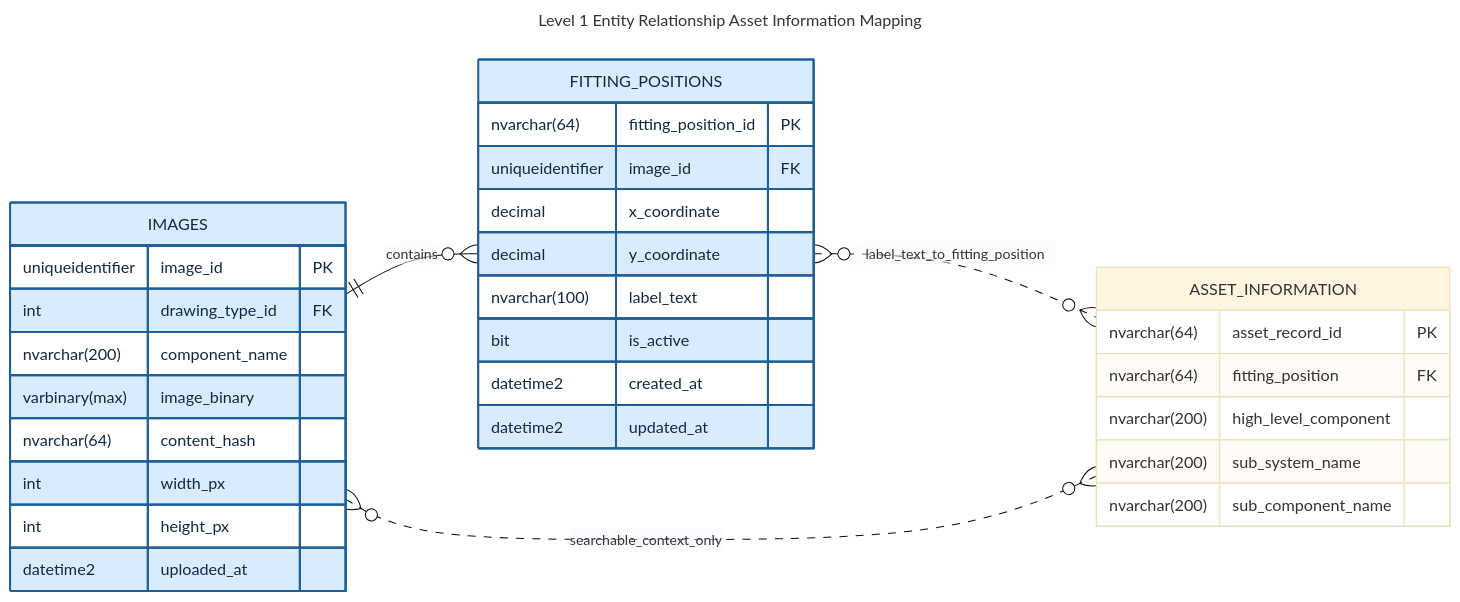
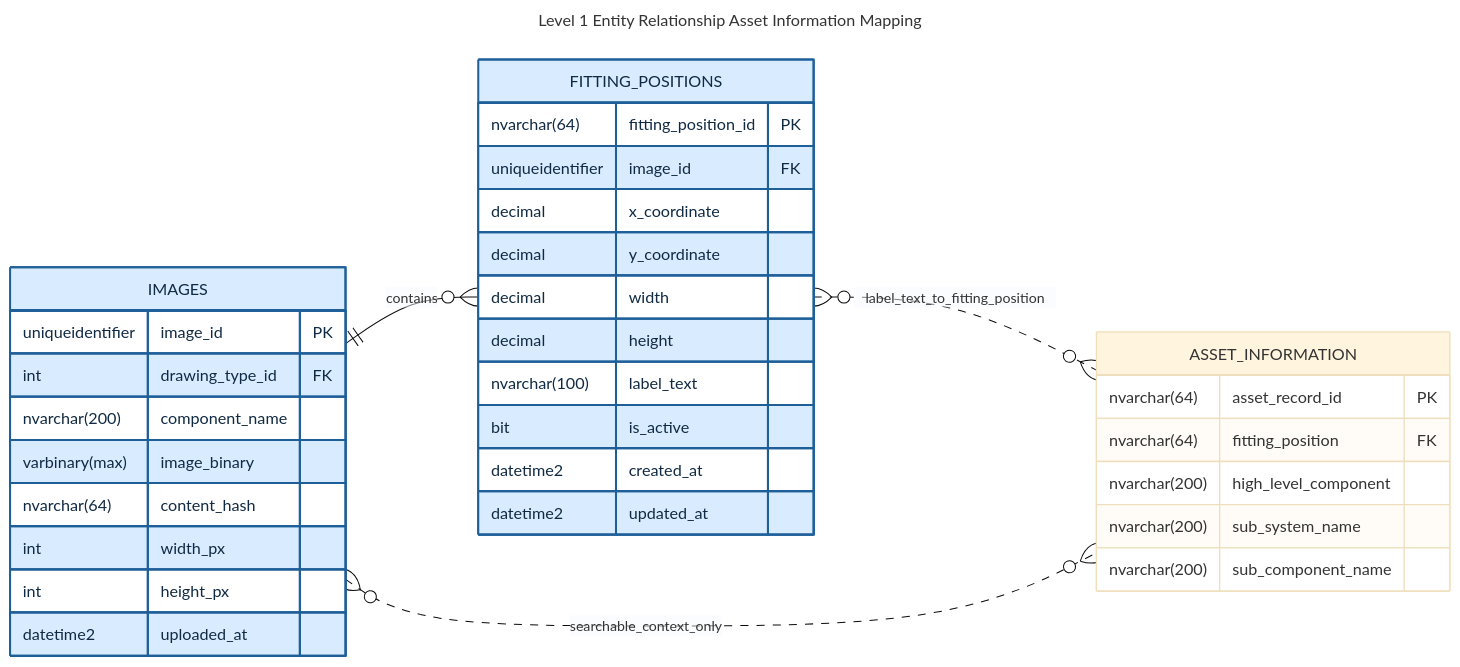
The fifth of 9 diagrams in docs/spec.md (LewisCM14/schematic_mapper), drawn with Mermaid (base theme) before and after one commit. The commit also changed other lines of this file and 45 other files, not shown here.

````diff
--- a/docs/spec.md
+++ b/docs/spec.md
@@ -277,43 +285,45 @@
 ```mermaid
 ---
 title: Level 1 Entity Relationship Asset Information Mapping
 ---
 erDiagram
     direction LR
     IMAGES ||--o{ FITTING_POSITIONS : contains
     FITTING_POSITIONS }o..o{ ASSET_INFORMATION : label_text_to_fitting_position
     IMAGES }o..o{ ASSET_INFORMATION : searchable_context_only
 
     IMAGES {
         uniqueidentifier image_id PK
         int drawing_type_id FK
         nvarchar(200) component_name
         varbinary(max) image_binary
         nvarchar(64) content_hash
         int width_px
         int height_px
         datetime2 uploaded_at
     }
 
     FITTING_POSITIONS {
         nvarchar(64) fitting_position_id PK
         uniqueidentifier image_id FK
         decimal x_coordinate
         decimal y_coordinate
+        decimal width
+        decimal height
         nvarchar(100) label_text
         bit is_active
         datetime2 created_at
         datetime2 updated_at
     }
 
     ASSET_INFORMATION {
         nvarchar(64) asset_record_id PK
         nvarchar(64) fitting_position FK
         nvarchar(200) high_level_component
         nvarchar(200) sub_system_name
         nvarchar(200) sub_component_name
     }
 
     classDef internalTable fill:#d9ecff,stroke:#1f5f99,stroke-width:2px,color:#102a43
     class IMAGES,FITTING_POSITIONS internalTable
 ```
````
